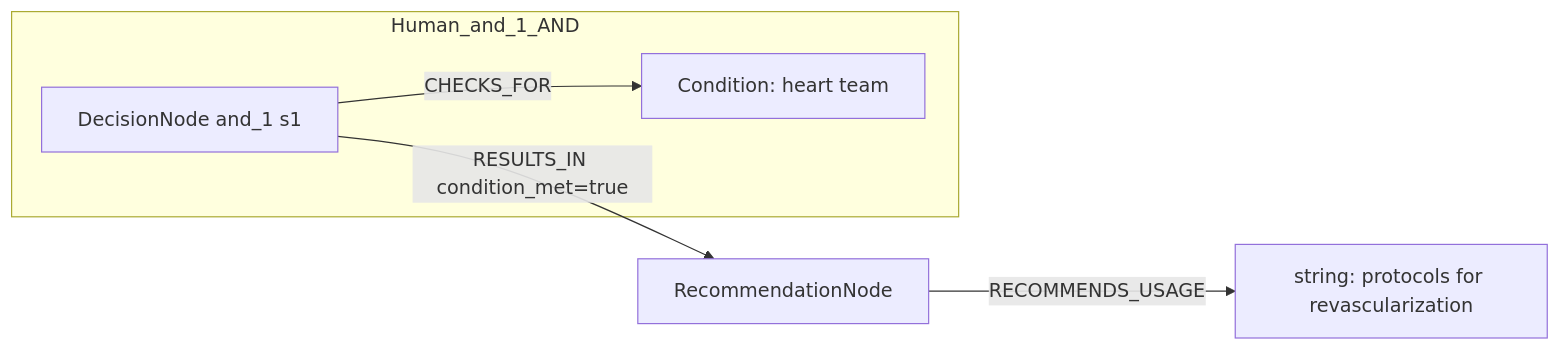
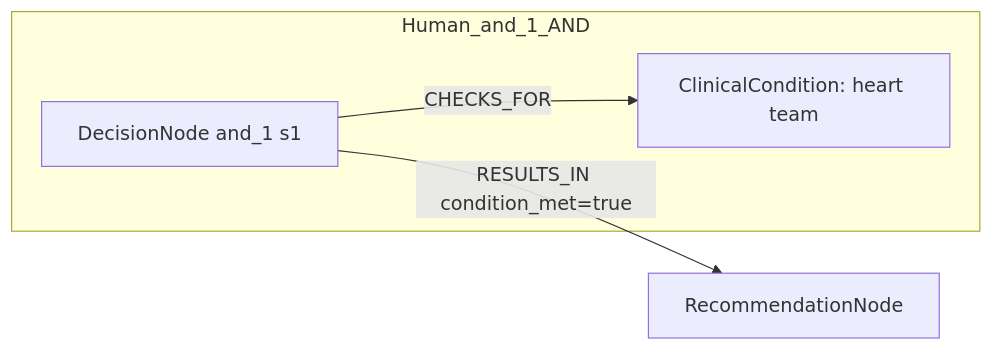
The first of 2 diagrams in docs/table22_rows_comparison/row_05.md (dieterich-lab/CardioGuidelinesGraph), drawn with Mermaid before and after one commit. The commit also changed other lines of this file and 20 other files, not shown here.

````diff
--- a/docs/table22_rows_comparison/row_05.md
+++ b/docs/table22_rows_comparison/row_05.md
@@ -141,12 +161,10 @@
 ```mermaid
 graph LR
   REC[RecommendationNode]
-  ACT1[string: protocols for revascularization]
-  REC -->|RECOMMENDS_USAGE| ACT1
   subgraph Human_and_1_AND
     D_and_1_1[DecisionNode and_1 s1]
-    C_and_1_1[Condition: heart team]
+    C_and_1_1[ClinicalCondition: heart team]
     D_and_1_1 -->|CHECKS_FOR| C_and_1_1
   end
   D_and_1_1 -->|RESULTS_IN condition_met=true| REC
 ```
````
